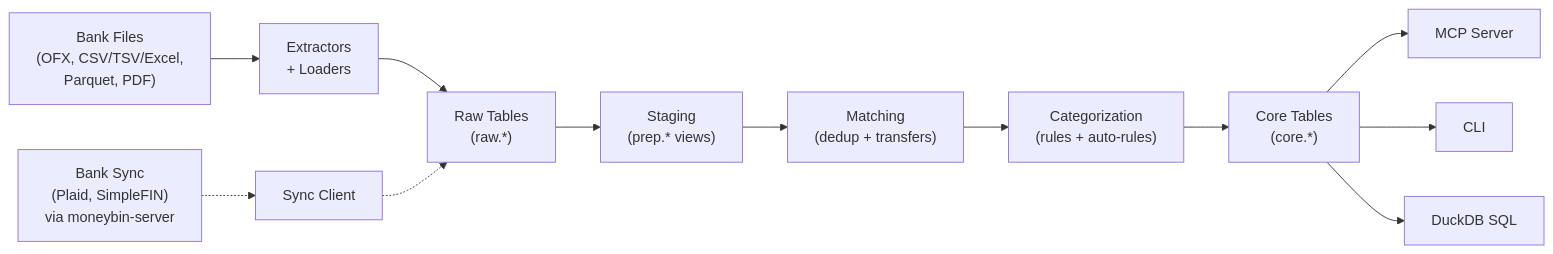
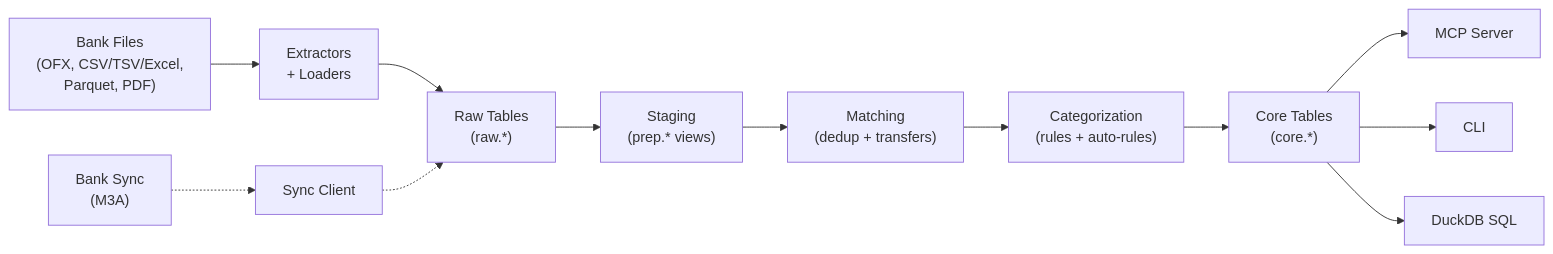
One commit to bsaffel/moneybin changed the diagram in README.md. Above: the diagram before and after it, drawn with Mermaid. The commit also changed other lines of this file and 16 other files, not shown here.

````diff
--- a/README.md
+++ b/README.md
@@ -35,14 +33,14 @@
 ```mermaid
 graph LR
     A["Bank Files<br/>(OFX, CSV/TSV/Excel,<br/>Parquet, PDF)"] --> B["Extractors<br/>+ Loaders"]
-    A2["Bank Sync<br/>(Plaid, SimpleFIN)<br/>via moneybin-server"] -.-> B2["Sync Client"]
+    A2["Bank Sync<br/>(M3A)"] -.-> B2["Sync Client"]
     B --> C["Raw Tables<br/>(raw.*)"]
     B2 -.-> C
     C --> D["Staging<br/>(prep.* views)"]
     D --> M["Matching<br/>(dedup + transfers)"]
     M --> CAT["Categorization<br/>(rules + auto-rules)"]
     CAT --> E["Core Tables<br/>(core.*)"]
     E --> F["MCP Server"]
     E --> G["CLI"]
     E --> H["DuckDB SQL"]
 ```
````
